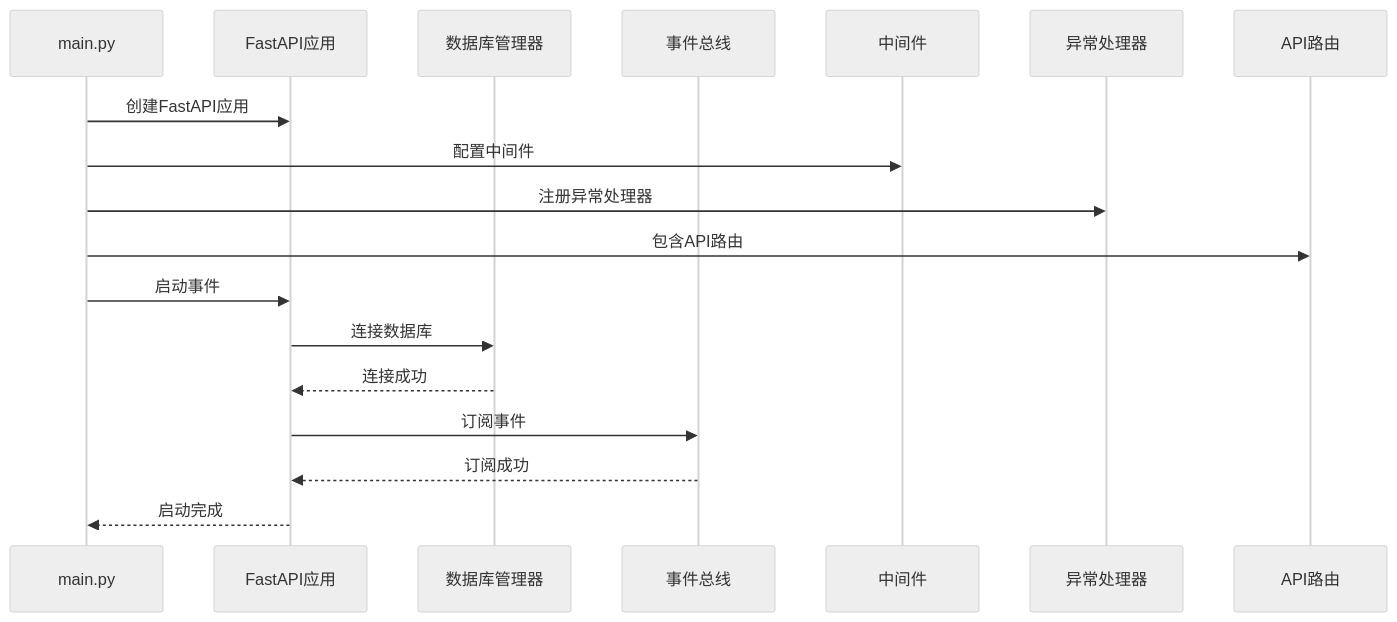
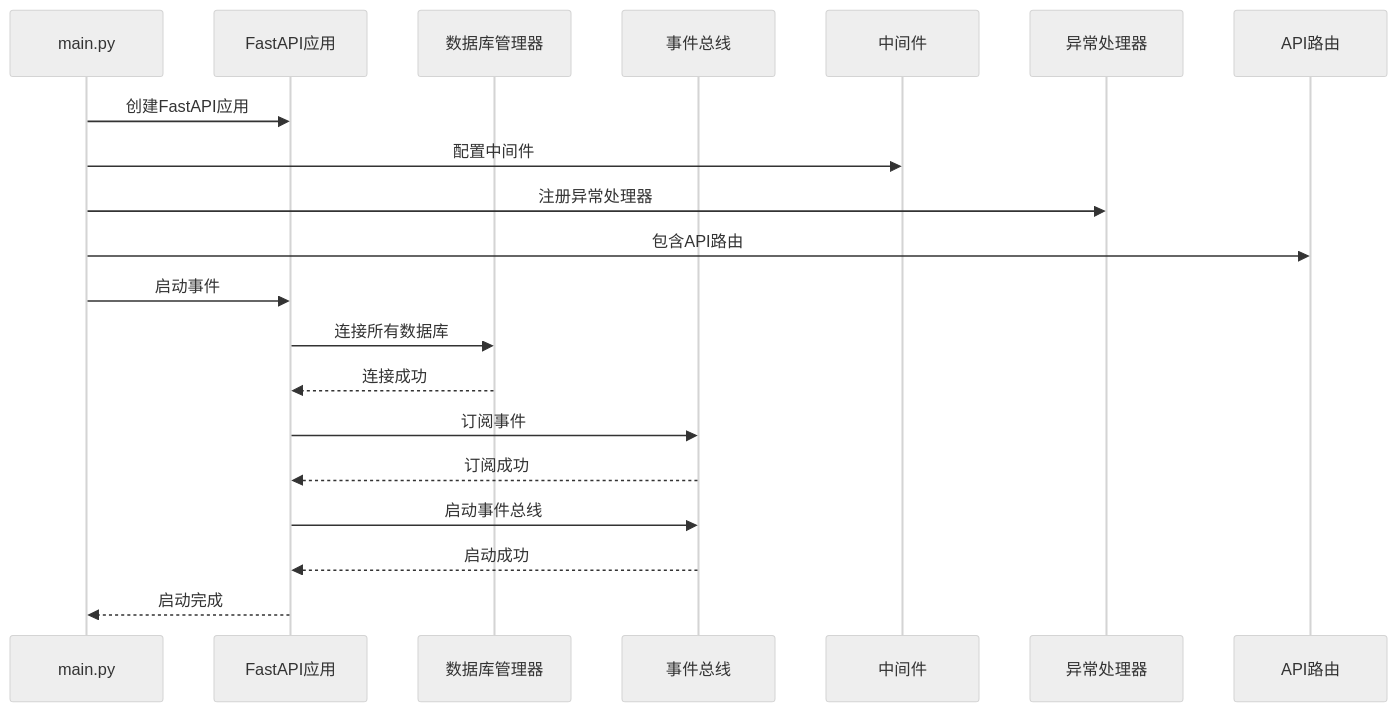
Before and after one commit to amuqiao/fastapi-enterprise-framework-template: the second of 4 diagrams in README.md, drawn with Mermaid (neutral theme). The commit also changed other lines of this file and 3 other files, not shown here.

````diff
--- a/README.md
+++ b/README.md
@@ -76,21 +172,23 @@
 ```mermaid
 sequenceDiagram
     participant Main as main.py
     participant App as FastAPI应用
     participant DB as 数据库管理器
     participant EventBus as 事件总线
     participant Middleware as 中间件
     participant Exception as 异常处理器
     participant Router as API路由
 
     Main->>App: 创建FastAPI应用
     Main->>Middleware: 配置中间件
     Main->>Exception: 注册异常处理器
     Main->>Router: 包含API路由
     Main->>App: 启动事件
-    App->>DB: 连接数据库
+    App->>DB: 连接所有数据库
     DB-->>App: 连接成功
     App->>EventBus: 订阅事件
     EventBus-->>App: 订阅成功
+    App->>EventBus: 启动事件总线
+    EventBus-->>App: 启动成功
     App-->>Main: 启动完成
 ```
````
